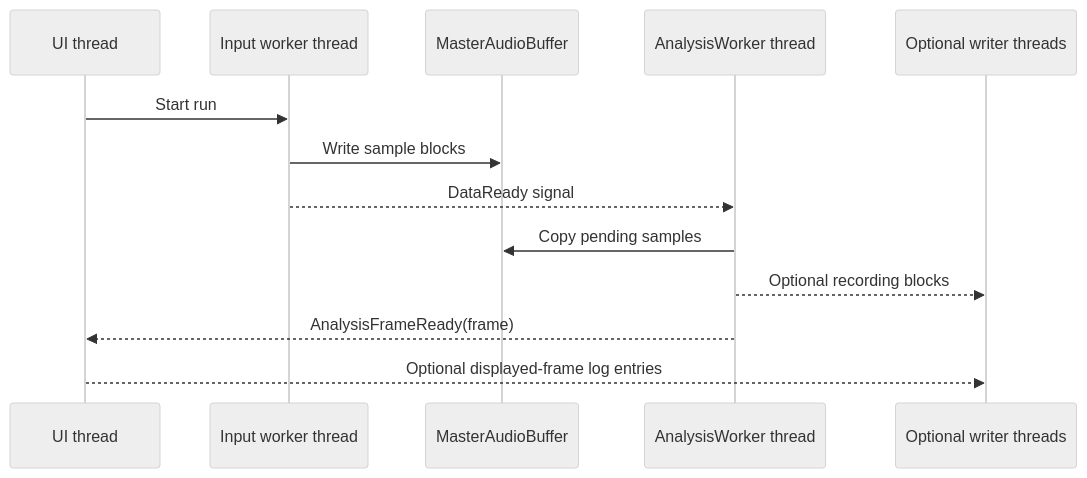
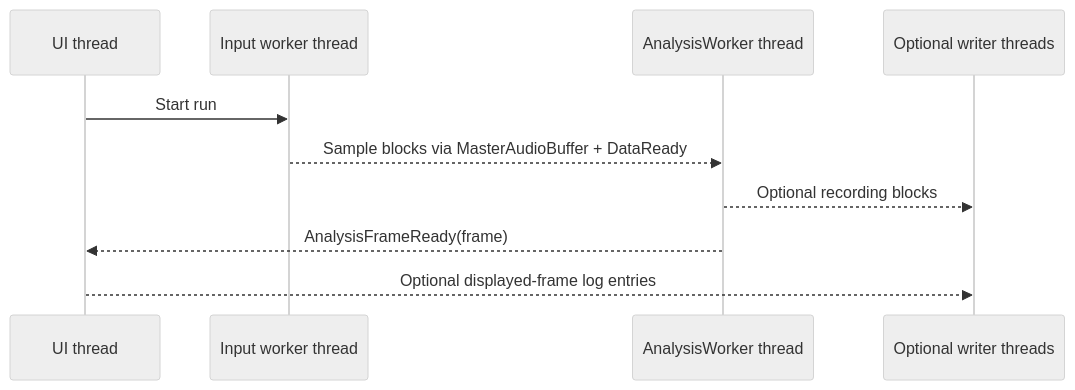
One commit to Jae-hong-5/TimeGrapher-Net changed the second of 2 diagrams in docs/for-ai/THREAD_DATA_FLOW_VIEW.md. Above: the diagram before and after it, drawn with Mermaid (neutral theme). The commit also changed other lines of this file, not shown here.

First line of the commit message:
docs(for-ai): remove buffer node from thread flow

````diff
--- a/docs/for-ai/THREAD_DATA_FLOW_VIEW.md
+++ b/docs/for-ai/THREAD_DATA_FLOW_VIEW.md
@@ -26,16 +23,13 @@
 ```mermaid
 sequenceDiagram
     participant U as UI thread
     participant I as Input worker thread
-    participant B as MasterAudioBuffer
     participant A as AnalysisWorker thread
     participant W as Optional writer threads
 
     U->>I: Start run
-    I->>B: Write sample blocks
-    I-->>A: DataReady signal
-    A->>B: Copy pending samples
+    I-->>A: Sample blocks via MasterAudioBuffer + DataReady
     A-->>W: Optional recording blocks
     A-->>U: AnalysisFrameReady(frame)
     U-->>W: Optional displayed-frame log entries
 ```
````
